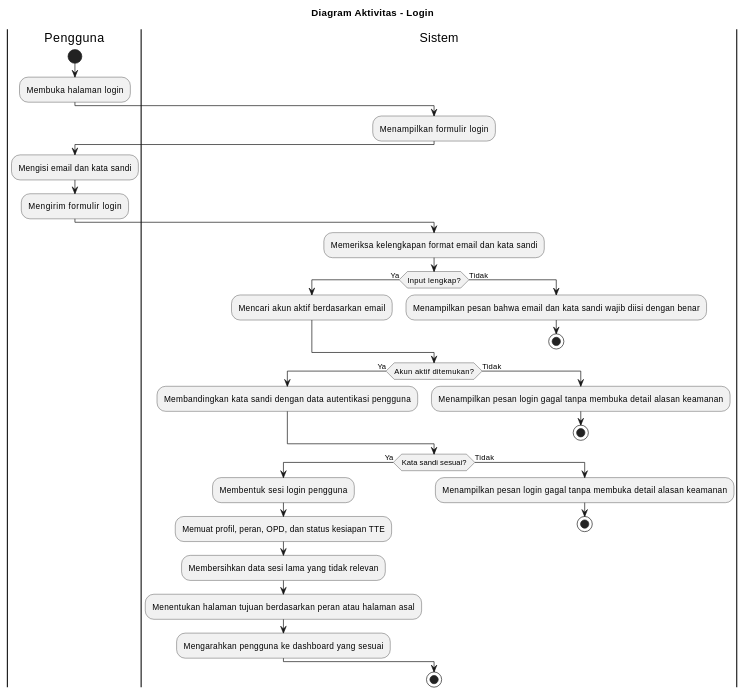
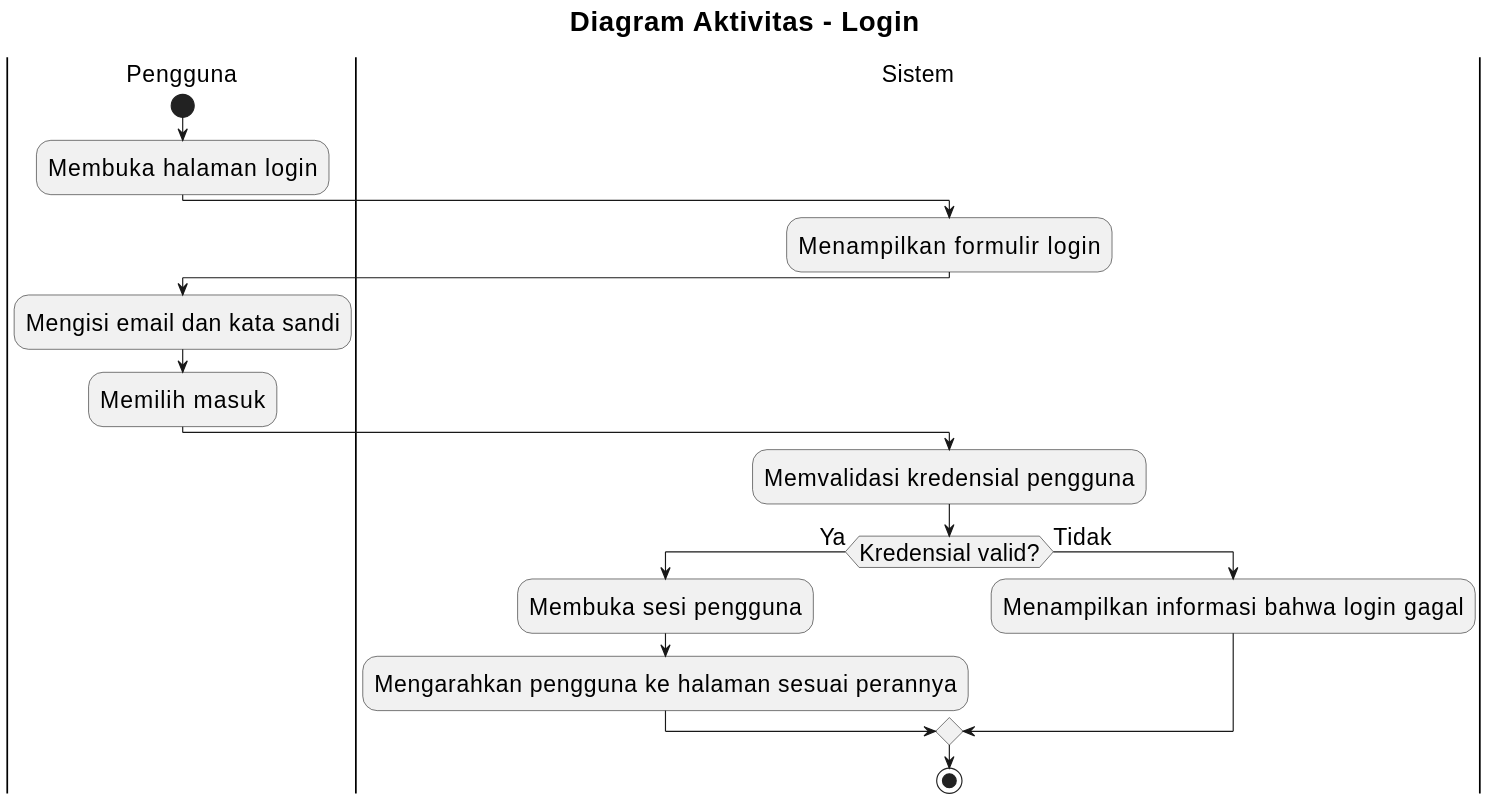
One commit to howlil/sop-generate-app changed the diagram in docs/activity-diagram/lampiran/seluruh-pengguna-login.md. Above: the diagram before and after it, drawn with PlantUML. The commit also changed other lines of this file and 20 other files, not shown here.

Commit message:
docs(activity): align all activity diagrams with use cases

````diff
--- a/docs/activity-diagram/lampiran/seluruh-pengguna-login.md
+++ b/docs/activity-diagram/lampiran/seluruh-pengguna-login.md
@@ -16,46 +16,33 @@
 ```plantuml
 @startuml
+skinparam defaultFontSize 20
+skinparam titleFontSize 24
+skinparam dpi 160
+
 title Diagram Aktivitas - Login
 
 |Pengguna|
 start
 :Membuka halaman login;
 
 |Sistem|
 :Menampilkan formulir login;
 
 |Pengguna|
 :Mengisi email dan kata sandi;
-:Mengirim formulir login;
+:Memilih masuk;
 
 |Sistem|
-:Memeriksa kelengkapan format email dan kata sandi;
+:Memvalidasi kredensial pengguna;
 
-if (Input lengkap?) then (Ya)
-  :Mencari akun aktif berdasarkan email;
+if (Kredensial valid?) then (Ya)
+  :Membuka sesi pengguna;
+  :Mengarahkan pengguna ke halaman sesuai perannya;
 else (Tidak)
-  :Menampilkan pesan bahwa email dan kata sandi wajib diisi dengan benar;
-  stop
-endif
-
-if (Akun aktif ditemukan?) then (Ya)
-  :Membandingkan kata sandi dengan data autentikasi pengguna;
-else (Tidak)
-  :Menampilkan pesan login gagal tanpa membuka detail alasan keamanan;
-  stop
-endif
-
-if (Kata sandi sesuai?) then (Ya)
-  :Membentuk sesi login pengguna;
-  :Memuat profil, peran, OPD, dan status kesiapan TTE;
-  :Membersihkan data sesi lama yang tidak relevan;
-  :Menentukan halaman tujuan berdasarkan peran atau halaman asal;
-  :Mengarahkan pengguna ke dashboard yang sesuai;
-else (Tidak)
-  :Menampilkan pesan login gagal tanpa membuka detail alasan keamanan;
-  stop
+  :Menampilkan informasi bahwa login gagal;
 endif
 
 stop
+
 @enduml
 ```
````
